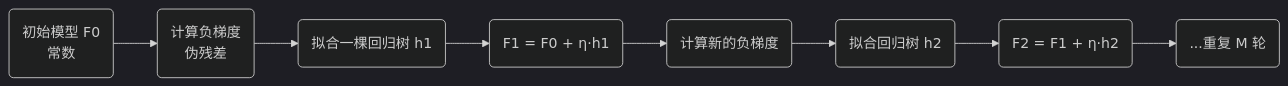
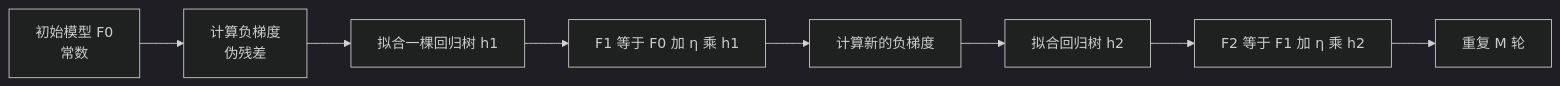
Before and after one commit to junxnone/aiwiki: the diagram in docs/0727_ML_OML_Ensemble_GBDT.md, drawn with Mermaid (dark theme). The commit also changed other lines of this file and 1 other file, not shown here.

Commit message:
更新了 ML OML Ensemble GBDT

````diff
--- a/docs/0727_ML_OML_Ensemble_GBDT.md
+++ b/docs/0727_ML_OML_Ensemble_GBDT.md
@@ -18,10 +18,10 @@
 ```mermaid
 graph LR
-    F0(初始模型 F0<br/>常数) --> R1(计算负梯度<br/>伪残差)
-    R1 --> T1(拟合一棵回归树 h1)
-    T1 --> U1(F1 = F0 + η·h1)
-    U1 --> R2(计算新的负梯度)
-    R2 --> T2(拟合回归树 h2)
-    T2 --> U2(F2 = F1 + η·h2)
-    U2 --> E(...重复 M 轮)
+    F0["初始模型 F0<br/>常数"] --> R1["计算负梯度<br/>伪残差"]
+    R1 --> T1["拟合一棵回归树 h1"]
+    T1 --> U1["F1 等于 F0 加 η 乘 h1"]
+    U1 --> R2["计算新的负梯度"]
+    R2 --> T2["拟合回归树 h2"]
+    T2 --> U2["F2 等于 F1 加 η 乘 h2"]
+    U2 --> E["重复 M 轮"]
 ```
````
